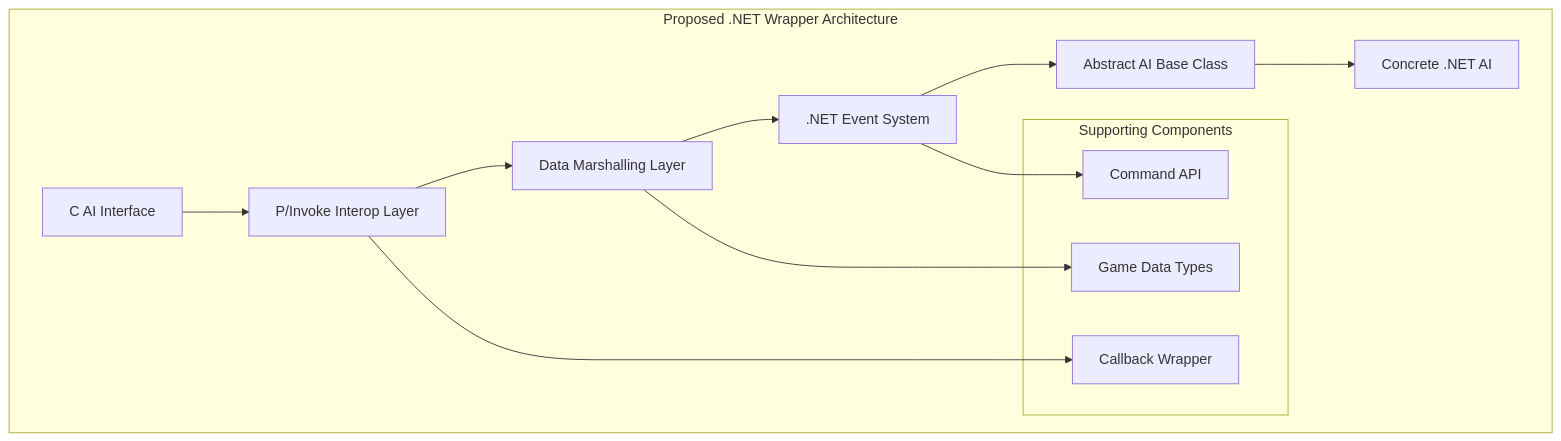
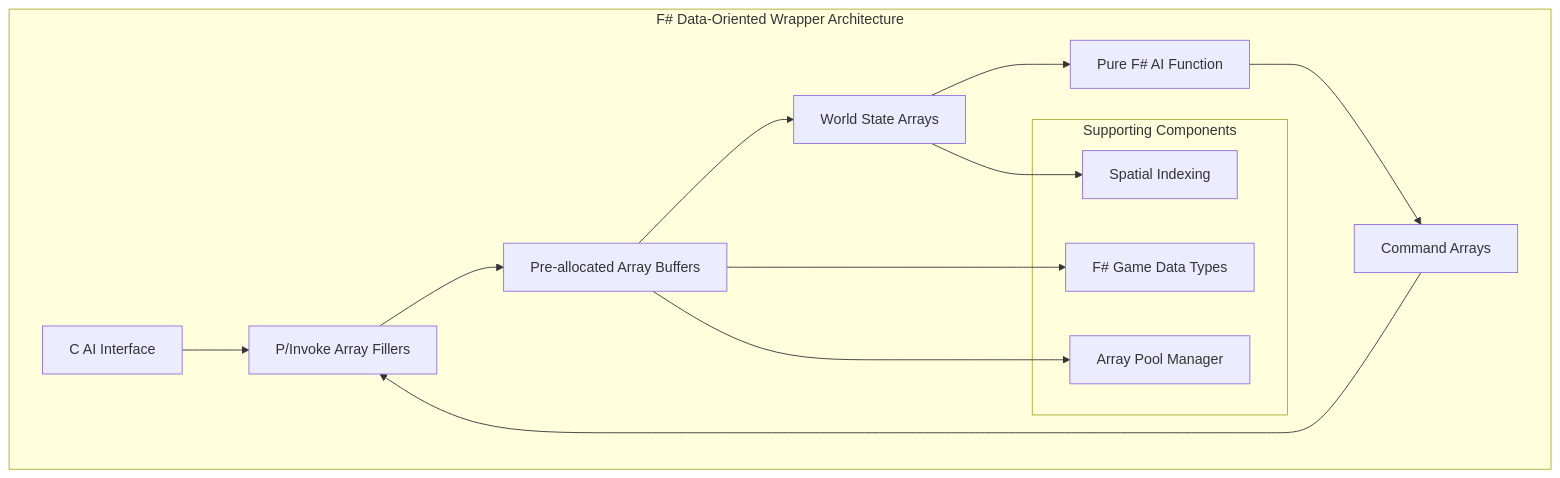
The fifth of 6 diagrams in AI/Wrappers/DotNet/Architecture.md (EHotwagner/RecoilEngine), drawn with Mermaid before and after one commit. The commit also changed other lines of this file, not shown here.

Commit message:
Refactor architecture documentation: Update to F# data-oriented wrapper and enhance clarity on design principles and performance benefits

````diff
--- a/AI/Wrappers/DotNet/Architecture.md
+++ b/AI/Wrappers/DotNet/Architecture.md
@@ -193,20 +184,21 @@
 ```mermaid
 graph TB
-    subgraph "Proposed .NET Wrapper Architecture"
-        CInterface[C AI Interface] --> PInvoke[P/Invoke Interop Layer]
-        PInvoke --> MarshallingLayer[Data Marshalling Layer]
-        MarshallingLayer --> EventSystem[.NET Event System]
-        EventSystem --> AbstractAI[Abstract AI Base Class]
-        AbstractAI --> ConcreteAI[Concrete .NET AI]
+    subgraph "F# Data-Oriented Wrapper Architecture"
+        CInterface[C AI Interface] --> PInvoke[P/Invoke Array Fillers]
+        PInvoke --> ArrayBuffers[Pre-allocated Array Buffers]
+        ArrayBuffers --> WorldState[World State Arrays]
+        WorldState --> AIFunction[Pure F# AI Function]
+        AIFunction --> CommandArrays[Command Arrays]
+        CommandArrays --> PInvoke
         
         subgraph "Supporting Components"
-            GameTypes[Game Data Types]
-            CommandAPI[Command API]
-            CallbackWrapper[Callback Wrapper]
+            GameTypes[F# Game Data Types]
+            SpatialGrid[Spatial Indexing]
+            ArrayPooling[Array Pool Manager]
         end
         
-        MarshallingLayer --> GameTypes
-        EventSystem --> CommandAPI
-        PInvoke --> CallbackWrapper
+        ArrayBuffers --> GameTypes
+        WorldState --> SpatialGrid
+        ArrayBuffers --> ArrayPooling
     end
 ```
````
